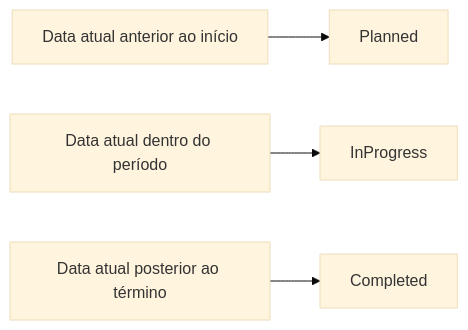
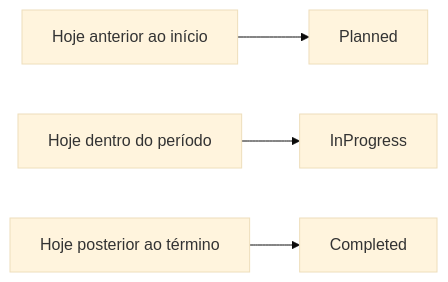
The seventh of 17 diagrams in docs/domain/domain-model.md (collapsy/Routebook), drawn with Mermaid (base theme) before and after one commit. The commit also changed other lines of this file and 1 other file, not shown here.

````diff
--- a/docs/domain/domain-model.md
+++ b/docs/domain/domain-model.md
@@ -1443,14 +1133,14 @@
-```mermaid id="frzf87"
+```mermaid
 flowchart LR
-    Before["Data atual anterior ao início"]
-    During["Data atual dentro do período"]
-    After["Data atual posterior ao término"]
+    Before["Hoje anterior ao início"]
+    During["Hoje dentro do período"]
+    After["Hoje posterior ao término"]
 
     Planned["Planned"]
     InProgress["InProgress"]
     Completed["Completed"]
 
     Before --> Planned
     During --> InProgress
     After --> Completed
 ```
````
